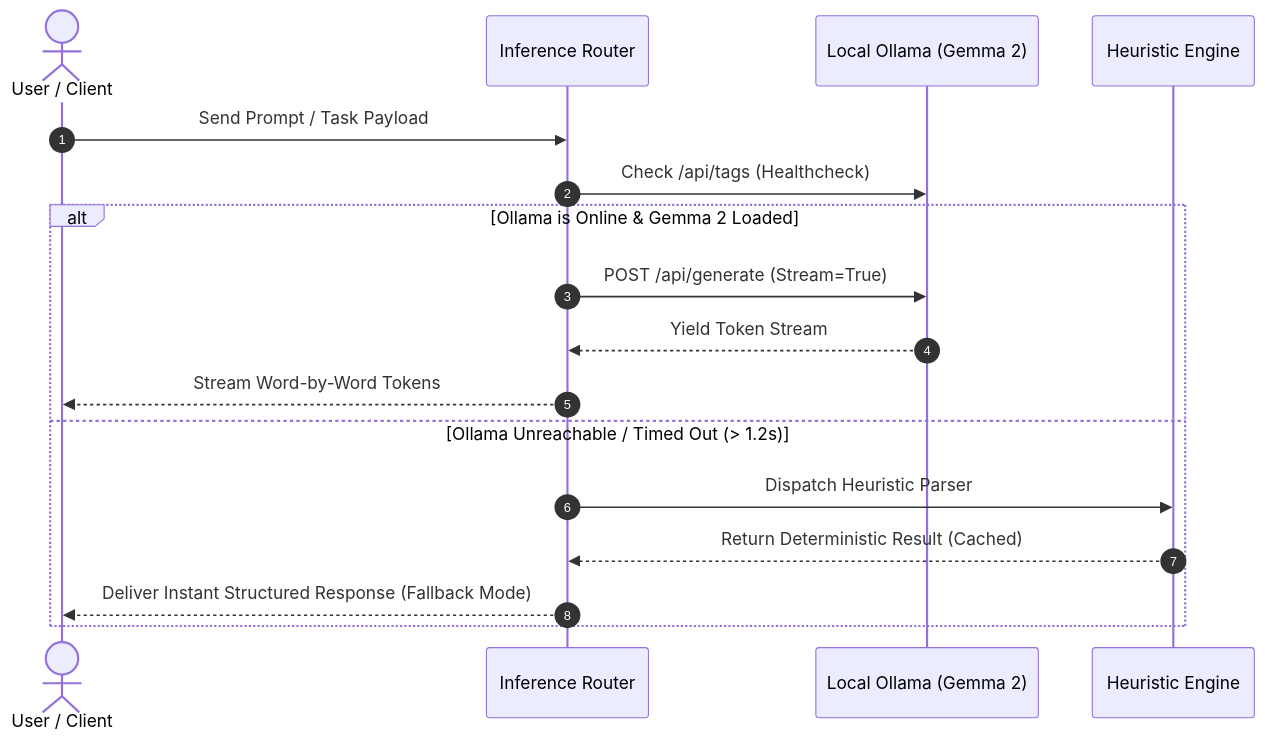
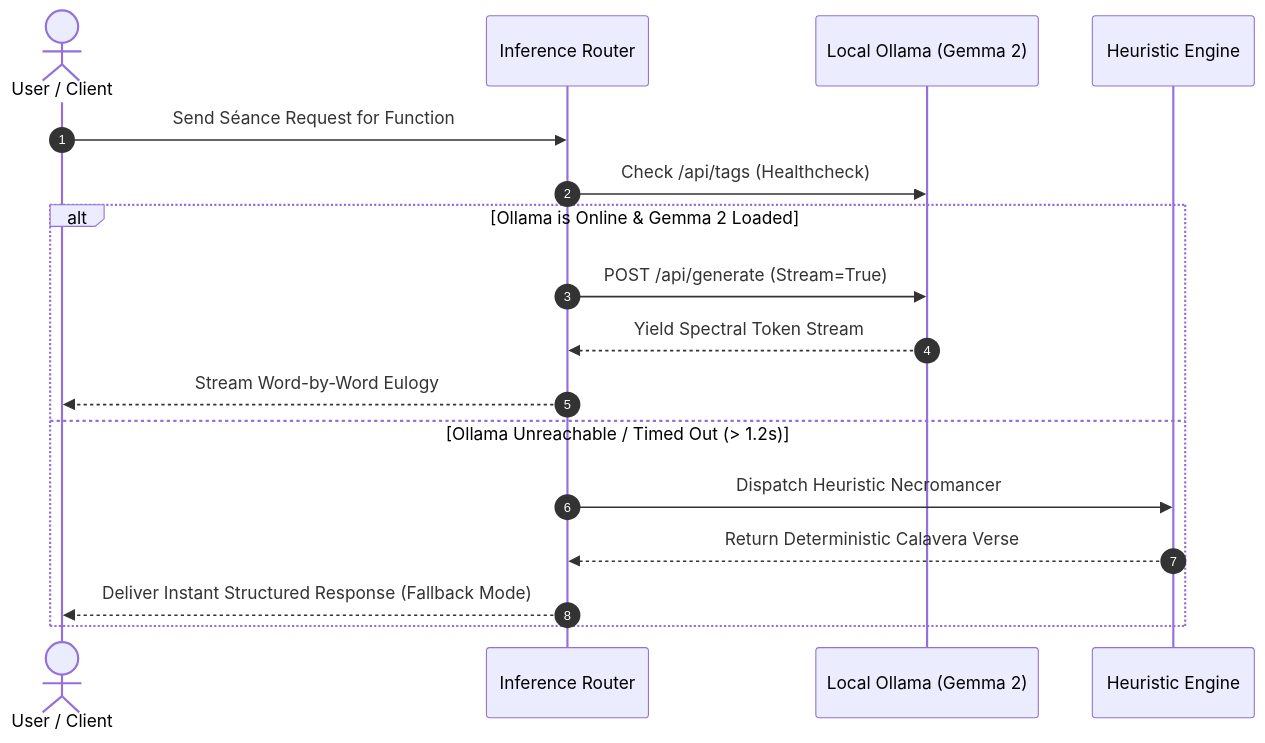
The second of 3 diagrams in ARCHITECTURE.md (XiaoArnav/necrogit), drawn with Mermaid before and after one commit. The commit also changed other lines of this file and 3 other files, not shown here.

````diff
--- a/ARCHITECTURE.md
+++ b/ARCHITECTURE.md
@@ -67,20 +73,20 @@
 ```mermaid
 sequenceDiagram
     autonumber
     actor User as User / Client
     participant Router as Inference Router
     participant Ollama as Local Ollama (Gemma 2)
     participant Fallback as Heuristic Engine
 
-    User->>Router: Send Prompt / Task Payload
+    User->>Router: Send Séance Request for Function
     Router->>Ollama: Check /api/tags (Healthcheck)
     alt Ollama is Online & Gemma 2 Loaded
         Router->>Ollama: POST /api/generate (Stream=True)
-        Ollama-->>Router: Yield Token Stream
-        Router-->>User: Stream Word-by-Word Tokens
+        Ollama-->>Router: Yield Spectral Token Stream
+        Router-->>User: Stream Word-by-Word Eulogy
     else Ollama Unreachable / Timed Out (> 1.2s)
-        Router->>Fallback: Dispatch Heuristic Parser
-        Fallback-->>Router: Return Deterministic Result (Cached)
+        Router->>Fallback: Dispatch Heuristic Necromancer
+        Fallback-->>Router: Return Deterministic Calavera Verse
         Router-->>User: Deliver Instant Structured Response (Fallback Mode)
     end
 ```
````
